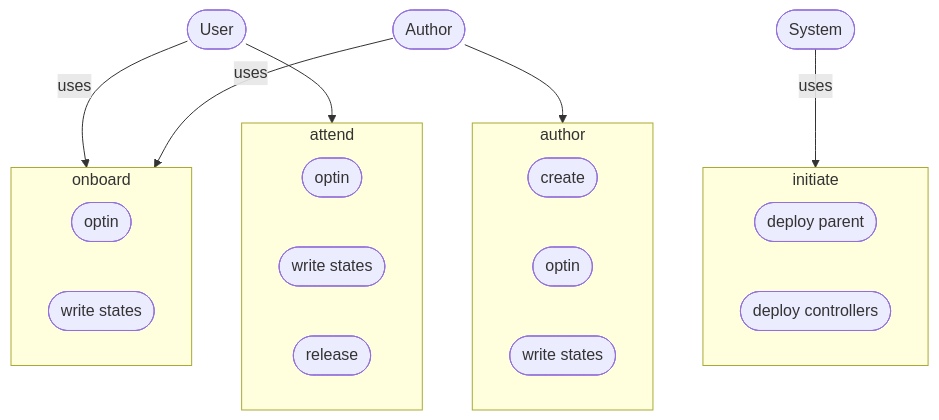
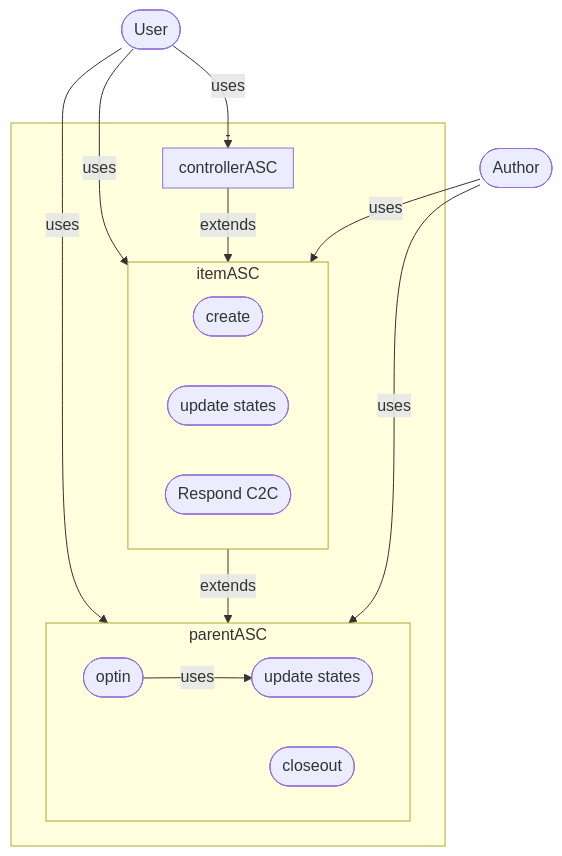
One commit to Sun-C0ffee/algopoap-smartcontracts changed the third of 3 diagrams in README.md. Above: the diagram before and after it, drawn with Mermaid.

````diff
--- a/README.md
+++ b/README.md
@@ -38,26 +38,31 @@
 ```mermaid
   flowchart TB
-     id1([User]) --uses--> onboard 
-     id2([Author]) --uses--> onboard
-     id3([System]) --uses--> initiate
-    subgraph initiate
-    id4([deploy parent]) 
-    id5([deploy controllers])
+    id1([Author]) --uses--> parentASC
+    id1([Author]) --uses--> itemASC
+    id2([User]) --uses--> itemASC 
+    id2([User]) --uses--> parentASC 
+    id2([User]) --uses--> controllerASC 
+
+    subgraph -
+
+      subgraph parentASC
+      id6([optin])--uses-->id7([update states]) 
+      
+      id9([closeout])
+      end
+      subgraph itemASC
+      id8([create]) 
+      id9([optin]) 
+      id10([update states])
+      id13([Respond C2C])
+      id9([closeout]) 
+      end
+      subgraph controllerASC
+      id13([Respond C2C])
+      end
     end 
-    subgraph onboard
-    id6([optin]) 
-    id7([write states])
-    end
-    subgraph author
-    id8([create]) 
-    id9([optin]) 
-    id10([write states])
-    end
-    subgraph attend
-      id11([optin]) 
-    id12([write states])
-    id13([release])
-    end
-    id2 --> author
-    id1 --> attend
+   
+    controllerASC --extends--> itemASC
+    itemASC --extends--> parentASC
+
 ```
````
